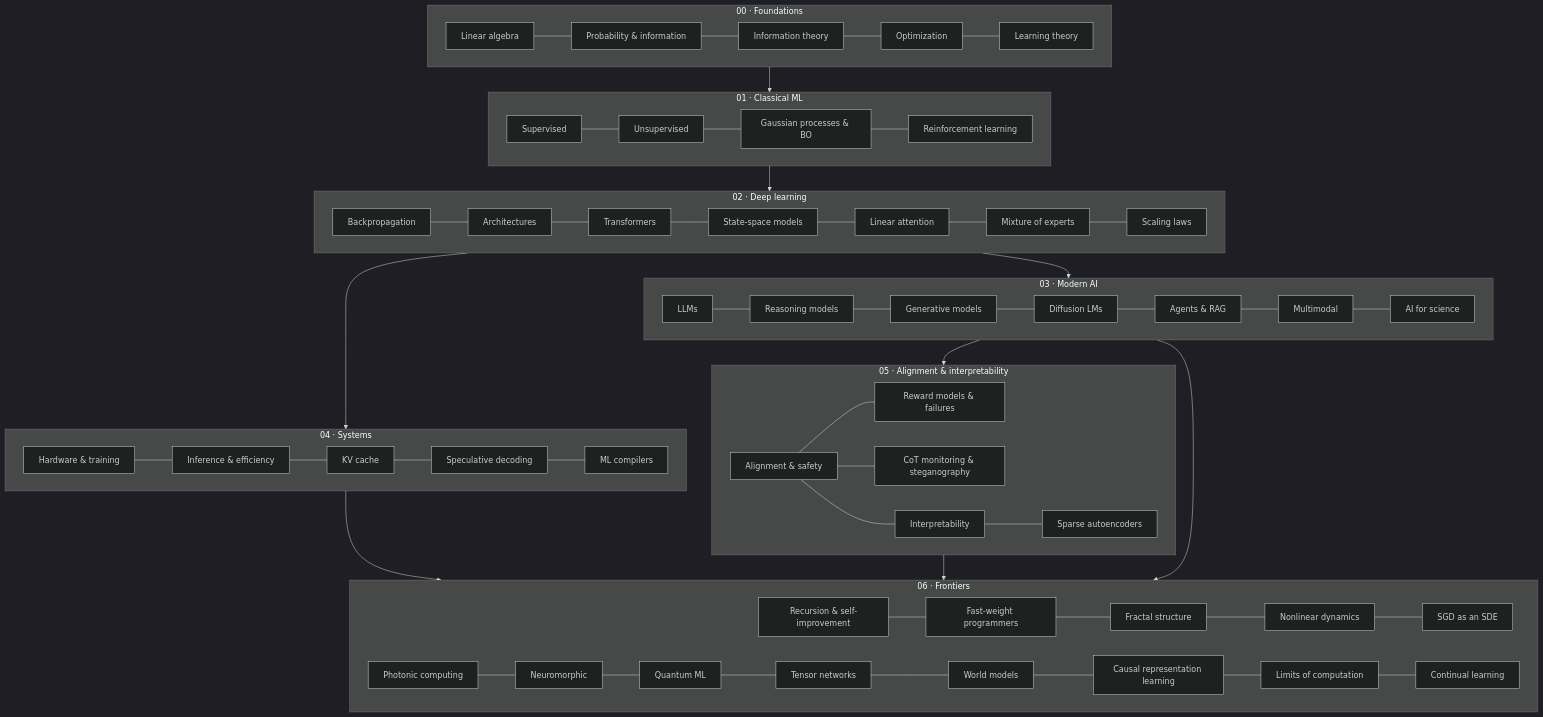
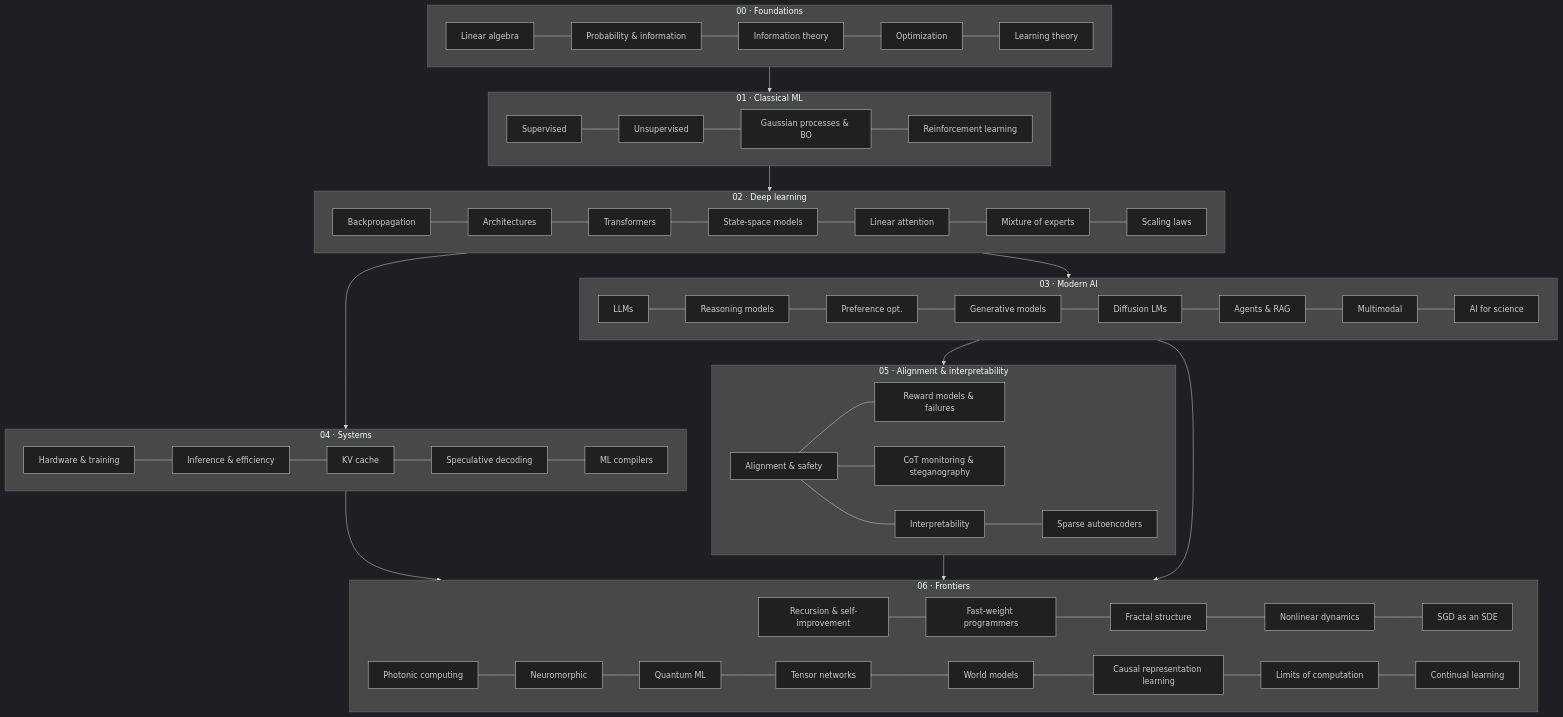
Before and after one commit to marcpoliquin5/understanding-ai: the diagram in README.md, drawn with Mermaid (dark theme). The commit also changed other lines of this file and 8 other files, not shown here.

````diff
--- a/README.md
+++ b/README.md
@@ -30,33 +30,33 @@
 ```mermaid
 flowchart TB
     subgraph F[00 · Foundations]
         F1[Linear algebra] --- F2[Probability & information] --- F5[Information theory] --- F3[Optimization] --- F4[Learning theory]
     end
     subgraph C[01 · Classical ML]
         C1[Supervised] --- C2[Unsupervised] --- C4[Gaussian processes & BO] --- C3[Reinforcement learning]
     end
     subgraph D[02 · Deep learning]
         D1[Backpropagation] --- D2[Architectures] --- D3[Transformers] --- D6[State-space models] --- D7[Linear attention] --- D5[Mixture of experts] --- D4[Scaling laws]
     end
     subgraph M[03 · Modern AI]
-        M1[LLMs] --- M1b[Reasoning models] --- M2[Generative models] --- M2b[Diffusion LMs] --- M3[Agents & RAG] --- M4[Multimodal] --- M5[AI for science]
+        M1[LLMs] --- M1b[Reasoning models] --- M1c[Preference opt.] --- M2[Generative models] --- M2b[Diffusion LMs] --- M3[Agents & RAG] --- M4[Multimodal] --- M5[AI for science]
     end
     subgraph S[04 · Systems]
         S1[Hardware & training] --- S2[Inference & efficiency] --- S5[KV cache] --- S4[Speculative decoding] --- S3[ML compilers]
     end
     subgraph A[05 · Alignment & interpretability]
         A1[Alignment & safety] --- A3[Reward models & failures]
         A1 --- A5[CoT monitoring & steganography]
         A1 --- A2[Interpretability] --- A4[Sparse autoencoders]
     end
     subgraph X[06 · Frontiers]
         X1[Recursion & self-improvement] --- X1b[Fast-weight programmers] --- X2[Fractal structure] --- X3[Nonlinear dynamics] --- X3b[SGD as an SDE]
         X4[Photonic computing] --- X5[Neuromorphic] --- X6[Quantum ML] --- X6b[Tensor networks] --- X7[World models] --- X7b[Causal representation learning] --- X8[Limits of computation] --- X9[Continual learning]
     end
     F --> C --> D --> M
     D --> S
     M --> A
     S --> X
     A --> X
     M --> X
 ```
````
